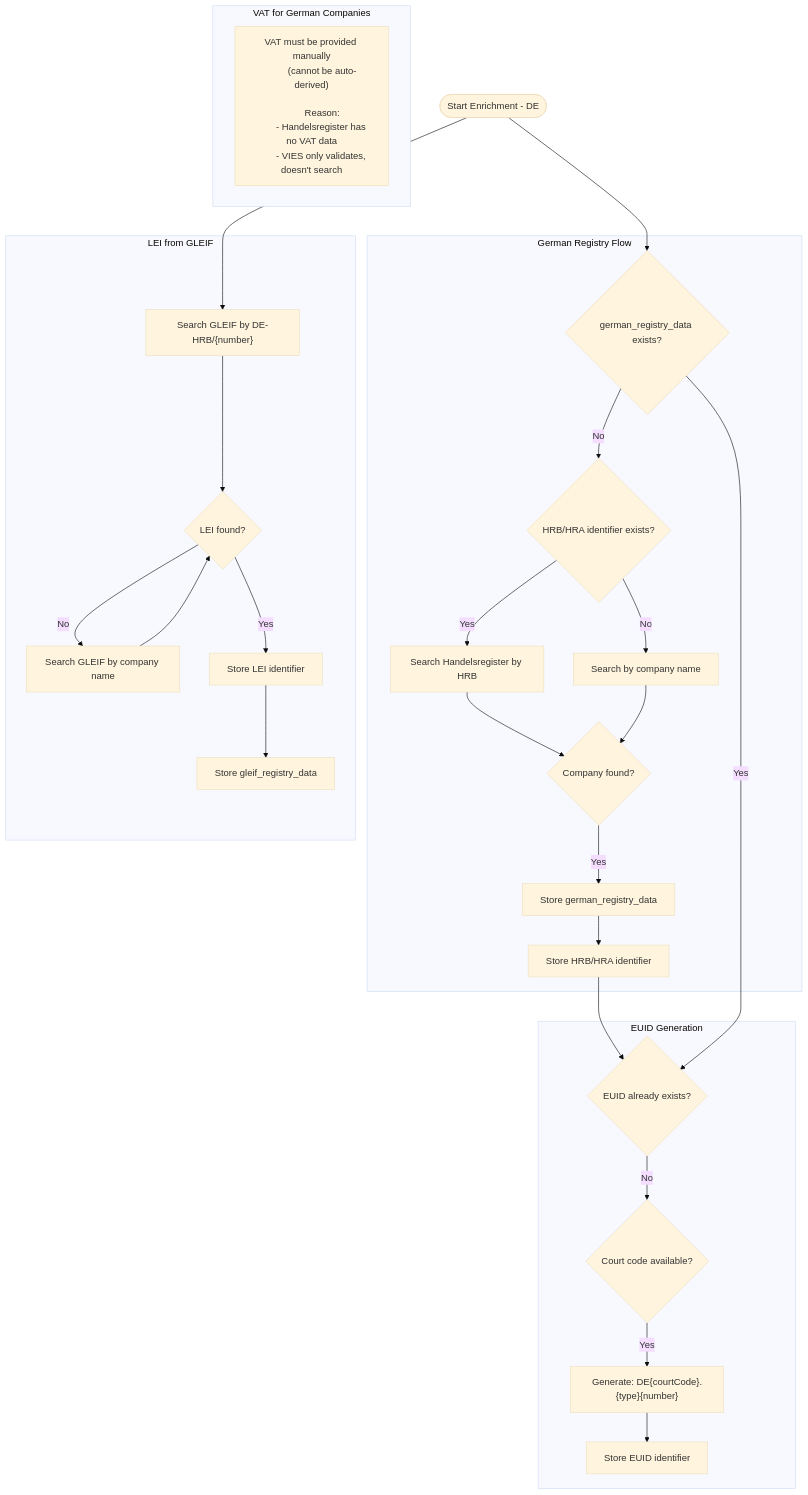
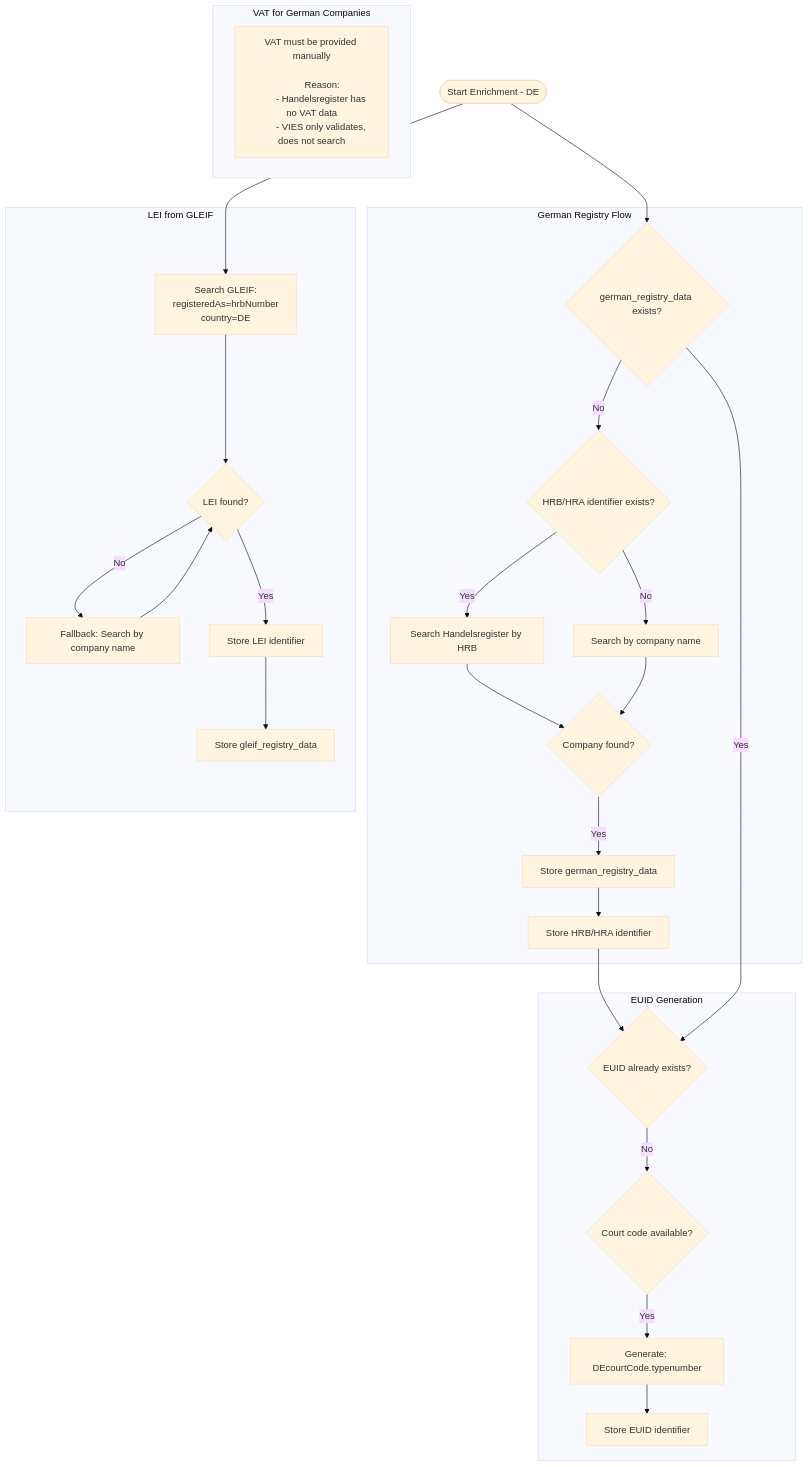
One commit to DeNoronha/ctn-asr-demo changed the third of 7 diagrams in docs/ENRICHMENT_ARCHITECTURE.md. Above: the diagram before and after it, drawn with Mermaid (base theme). The commit also changed other lines of this file, not shown here.

Commit message:
docs: update ENRICHMENT_ARCHITECTURE.md with GLEIF search strategy and lessons learned

````diff
--- a/docs/ENRICHMENT_ARCHITECTURE.md
+++ b/docs/ENRICHMENT_ARCHITECTURE.md
@@ -184,60 +251,61 @@
 ```mermaid
 flowchart TD
     START([Start Enrichment - DE])
 
     subgraph HRB_Flow["German Registry Flow"]
         CHECK_DE_DATA{german_registry_data exists?}
         HAS_HRB{HRB/HRA identifier exists?}
         SEARCH_BY_HRB[Search Handelsregister by HRB]
         SEARCH_BY_NAME[Search by company name]
         HR_FOUND{Company found?}
         STORE_DE_DATA[Store german_registry_data]
         STORE_HRB[Store HRB/HRA identifier]
     end
 
     subgraph EUID_Flow["EUID Generation"]
         HAS_EUID{EUID already exists?}
         HAS_COURT_CODE{Court code available?}
-        GENERATE_EUID["Generate: DE{courtCode}.{type}{number}"]
+        GENERATE_EUID["Generate: DEcourtCode.typenumber"]
         STORE_EUID[Store EUID identifier]
     end
 
     subgraph LEI_Flow["LEI from GLEIF"]
-        SEARCH_GLEIF_DE["Search GLEIF by DE-HRB/{number}"]
-        SEARCH_GLEIF_NAME["Search GLEIF by company name"]
+        SEARCH_GLEIF_DE["Search GLEIF:
+        registeredAs=hrbNumber
+        country=DE"]
+        SEARCH_GLEIF_NAME["Fallback: Search by company name"]
         LEI_FOUND{LEI found?}
         STORE_LEI[Store LEI identifier]
         STORE_GLEIF[Store gleif_registry_data]
     end
 
     subgraph VAT_Note["VAT for German Companies"]
         VAT_MANUAL["VAT must be provided manually
-        (cannot be auto-derived)
 
         Reason:
         - Handelsregister has no VAT data
-        - VIES only validates, doesn't search"]
+        - VIES only validates, does not search"]
     end
 
     START --> CHECK_DE_DATA
     CHECK_DE_DATA -->|No| HAS_HRB
     HAS_HRB -->|Yes| SEARCH_BY_HRB
     HAS_HRB -->|No| SEARCH_BY_NAME
     SEARCH_BY_HRB --> HR_FOUND
     SEARCH_BY_NAME --> HR_FOUND
     HR_FOUND -->|Yes| STORE_DE_DATA
     STORE_DE_DATA --> STORE_HRB
 
     STORE_HRB --> HAS_EUID
     CHECK_DE_DATA -->|Yes| HAS_EUID
     HAS_EUID -->|No| HAS_COURT_CODE
     HAS_COURT_CODE -->|Yes| GENERATE_EUID
     GENERATE_EUID --> STORE_EUID
 
     START --> SEARCH_GLEIF_DE
     SEARCH_GLEIF_DE --> LEI_FOUND
     LEI_FOUND -->|No| SEARCH_GLEIF_NAME
     SEARCH_GLEIF_NAME --> LEI_FOUND
     LEI_FOUND -->|Yes| STORE_LEI
     STORE_LEI --> STORE_GLEIF
 ```
````
